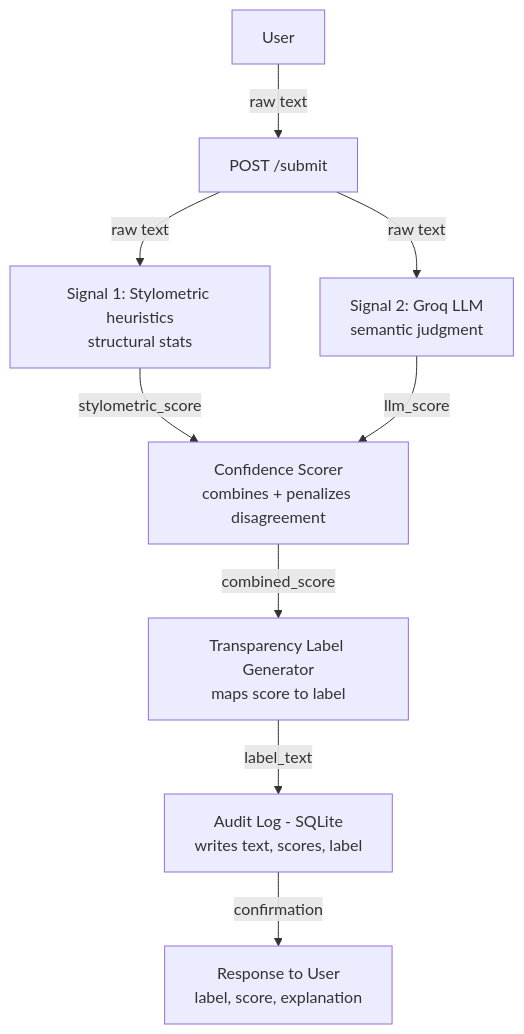
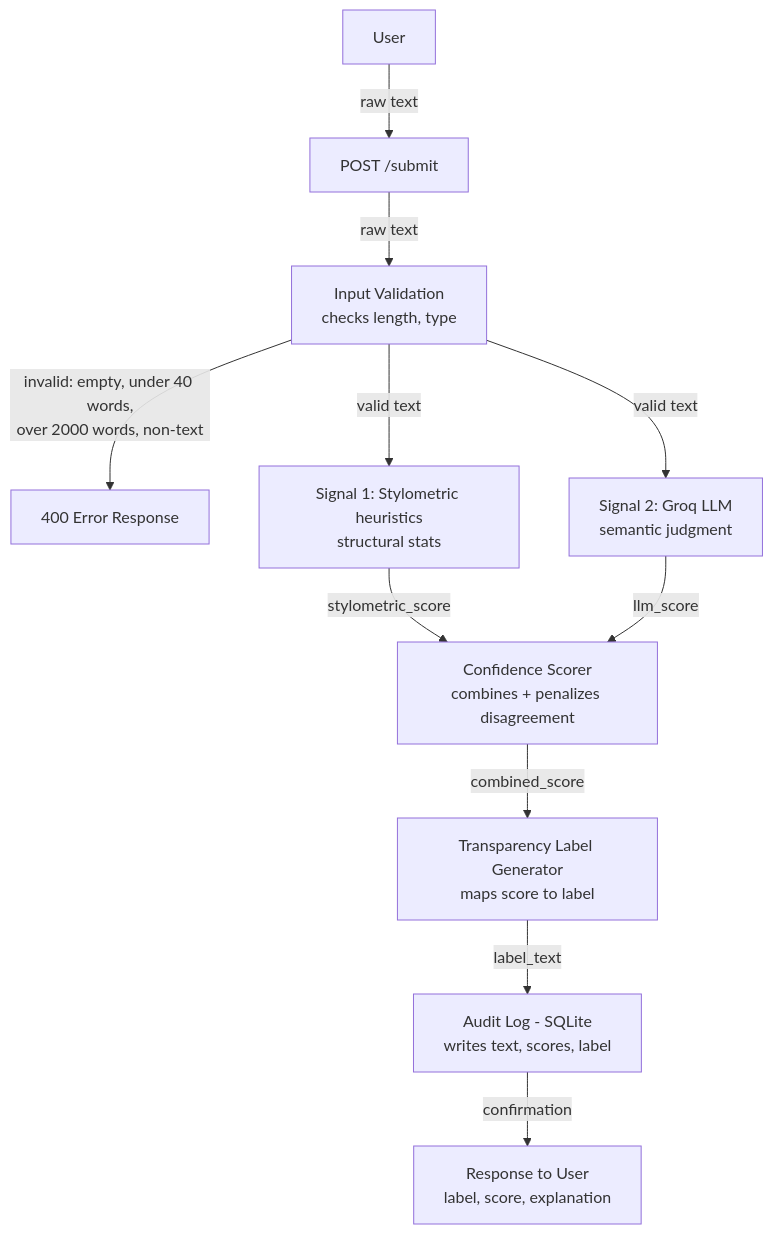
The first of 2 diagrams in planning.md (KerolosAssad/ai201-project4-provenance-guard), drawn with Mermaid before and after one commit. The commit also changed other lines of this file, not shown here.

Commit message:
Update planning.md: add input validation step to submission flow diagram

````diff
--- a/planning.md
+++ b/planning.md
@@ -92,11 +92,13 @@
 ```mermaid
 flowchart TD
     A[User] -->|raw text| B[POST /submit]
-    B -->|raw text| C[Signal 1: Stylometric heuristics<br/>structural stats]
-    B -->|raw text| D[Signal 2: Groq LLM<br/>semantic judgment]
+    B -->|raw text| V[Input Validation<br/>checks length, type]
+    V -->|invalid: empty, under 40 words,<br/>over 2000 words, non-text| R[400 Error Response]
+    V -->|valid text| C[Signal 1: Stylometric heuristics<br/>structural stats]
+    V -->|valid text| D[Signal 2: Groq LLM<br/>semantic judgment]
     C -->|stylometric_score| E[Confidence Scorer<br/>combines + penalizes disagreement]
     D -->|llm_score| E
     E -->|combined_score| F[Transparency Label Generator<br/>maps score to label]
     F -->|label_text| G[Audit Log - SQLite<br/>writes text, scores, label]
     G -->|confirmation| H[Response to User<br/>label, score, explanation]
 ```
````
